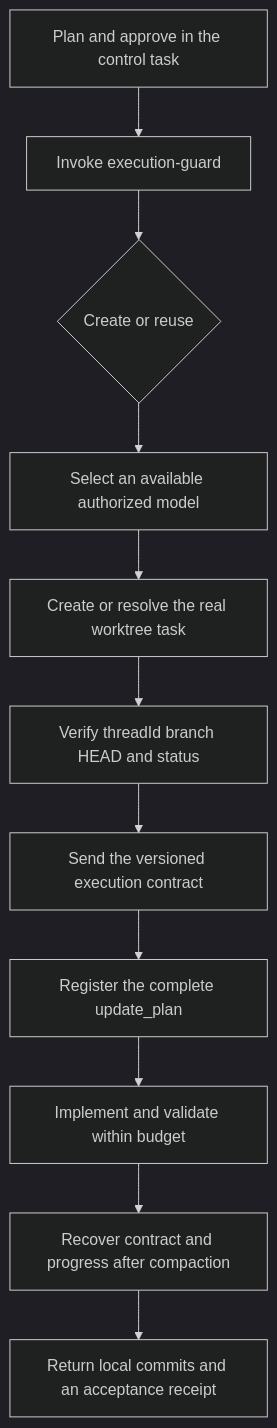
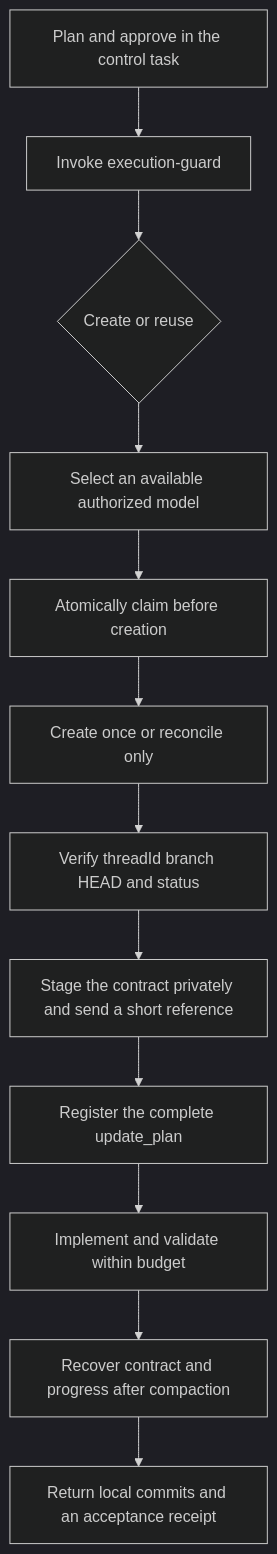
The diagram in README.en.md (AKin-lvyifang/codex-execution-guard), drawn with Mermaid (dark theme) before and after one commit. The commit also changed other lines of this file and 17 other files, not shown here.

Commit message:
fix: make guard handoffs private and task creation idempotent

````diff
--- a/README.en.md
+++ b/README.en.md
@@ -76,13 +78,14 @@
 ```mermaid
 flowchart TD
     A[Plan and approve in the control task] --> B[Invoke execution-guard]
     B --> C{Create or reuse}
     C --> D[Select an available authorized model]
-    D --> E[Create or resolve the real worktree task]
-    E --> F[Verify threadId branch HEAD and status]
-    F --> G[Send the versioned execution contract]
-    G --> H[Register the complete update_plan]
+    D --> E[Atomically claim before creation]
+    E --> F[Create once or reconcile only]
+    F --> G[Verify threadId branch HEAD and status]
+    G --> X[Stage the contract privately and send a short reference]
+    X --> H[Register the complete update_plan]
     H --> I[Implement and validate within budget]
     I --> J[Recover contract and progress after compaction]
     J --> K[Return local commits and an acceptance receipt]
 ```
````
